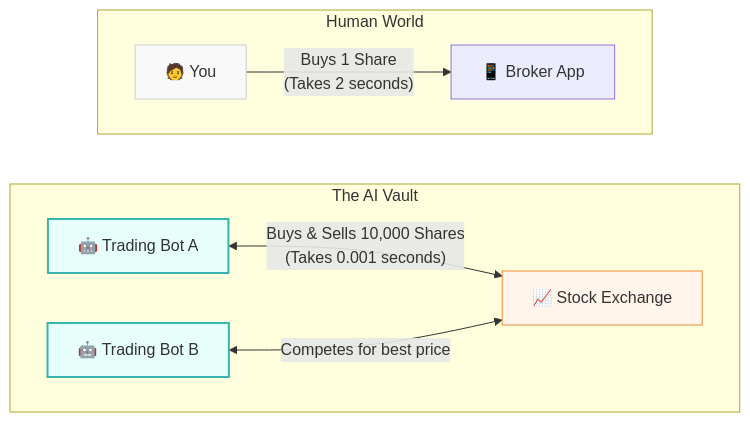
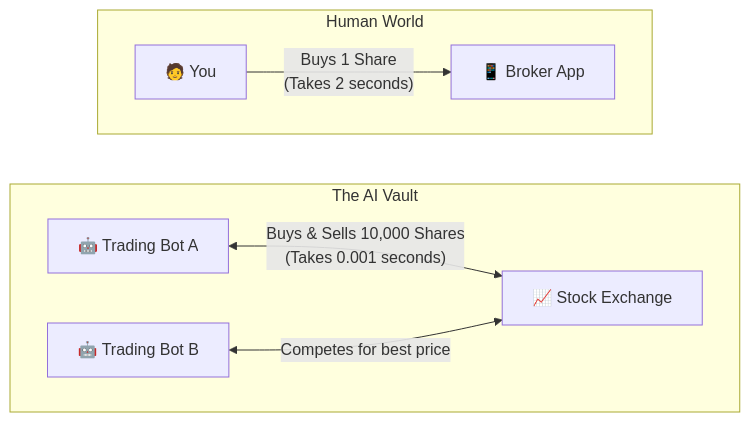
Before and after one commit to vdonthireddy/ai-knowledge-base: the first of 2 diagrams in line24_finance_and_trading.md, drawn with Mermaid. The commit also changed 30 other files, not shown here.

Commit message:
chore: Rename files and fix mermaid diagram styles for dark mode compatibility

````diff
--- a/line24_finance_and_trading.md
+++ b/line24_finance_and_trading.md
@@ -28,20 +28,16 @@
 ```mermaid
 graph TD
     subgraph Human World
         direction LR
         User[🧑 You] -->|"Buys 1 Share<br/>(Takes 2 seconds)"| Broker[📱 Broker App]
     end
 
     Broker ~~~ Market
 
     subgraph The AI Vault
         direction LR
         HFT1[🤖 Trading Bot A] <-->|"Buys & Sells 10,000 Shares<br/>(Takes 0.001 seconds)"| Market[📈 Stock Exchange]
         HFT2[🤖 Trading Bot B] <-->|"Competes for best price"| Market
     end
     
-    style User fill:#f9f9f9,stroke:#ccc
-    style HFT1 fill:#e6fffa,stroke:#38b2ac,stroke-width:2px
-    style HFT2 fill:#e6fffa,stroke:#38b2ac,stroke-width:2px
-    style Market fill:#fff5eb,stroke:#ed8936
 ```
````
